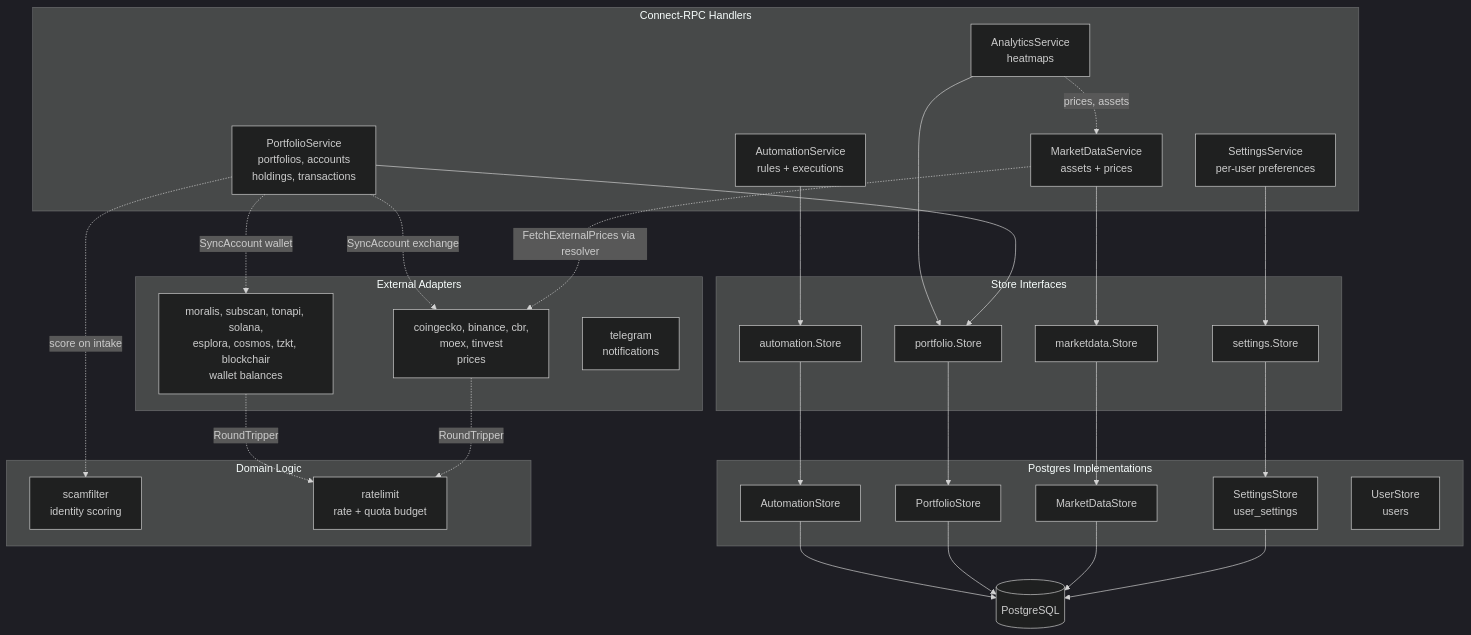
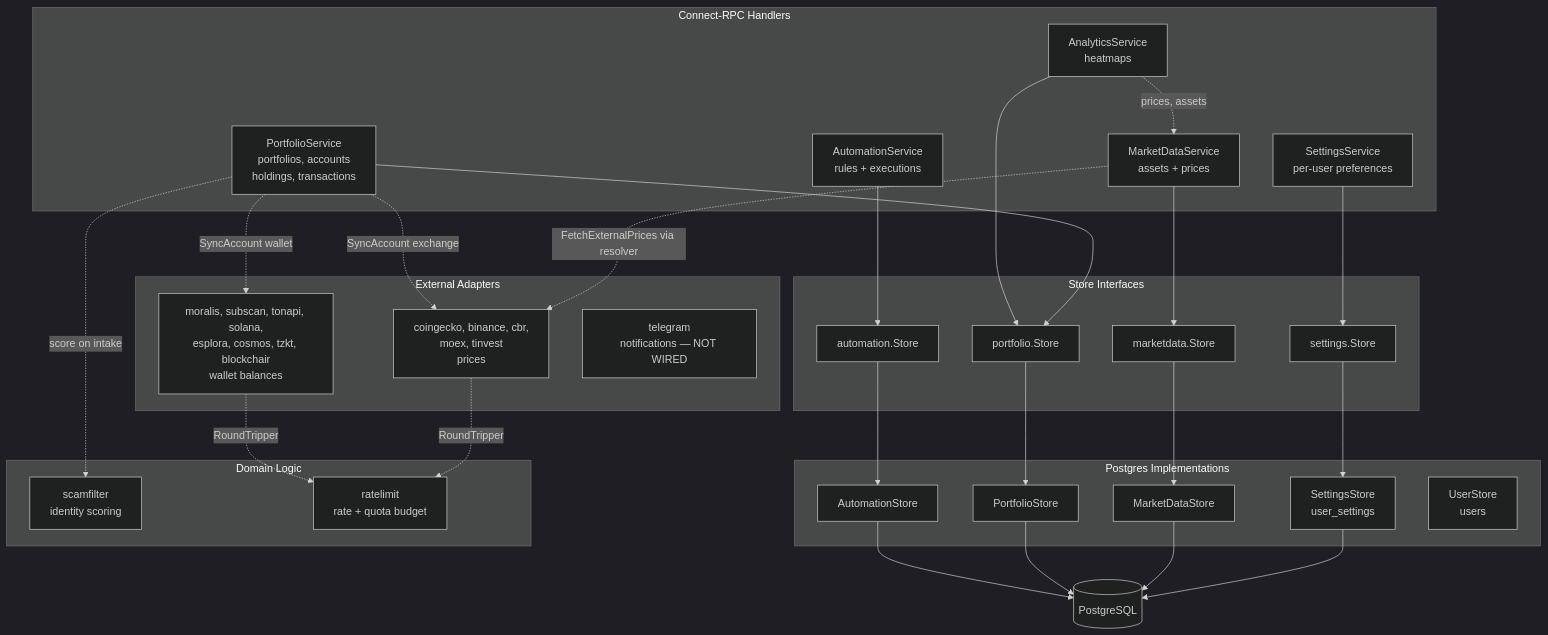
The third of 3 diagrams in docs/architecture.md (foxcool/greedy-eye), drawn with Mermaid (dark theme) before and after one commit. The commit also changed other lines of this file, not shown here.

First line of the commit message:
docs(architecture): say which instance a measurement describes

````diff
--- a/docs/architecture.md
+++ b/docs/architecture.md
@@ -282,50 +282,50 @@
 ```mermaid
 graph TB
     subgraph "Connect-RPC Handlers"
         MDS[MarketDataService<br/>assets + prices]
         PS[PortfolioService<br/>portfolios, accounts<br/>holdings, transactions]
         AS[AutomationService<br/>rules + executions]
         ANS[AnalyticsService<br/>heatmaps]
         SET[SettingsService<br/>per-user preferences]
     end
 
     subgraph "Store Interfaces"
         MDSI[marketdata.Store]
         PSI[portfolio.Store]
         ASI[automation.Store]
         SETI[settings.Store]
     end
 
     subgraph "Postgres Implementations"
         MDSP[MarketDataStore]
         PSP[PortfolioStore]
         ASP[AutomationStore]
         SETP[SettingsStore<br/>user_settings]
         SSP[UserStore<br/>users]
     end
 
     subgraph "External Adapters"
         Prices[coingecko, binance, cbr,<br/>moex, tinvest<br/>prices]
         Wallets[moralis, subscan, tonapi, solana,<br/>esplora, cosmos, tzkt, blockchair<br/>wallet balances]
-        Telegram[telegram<br/>notifications]
+        Telegram[telegram<br/>notifications — NOT WIRED]
     end
 
     subgraph "Domain Logic"
         SF[scamfilter<br/>identity scoring]
         RL[ratelimit<br/>rate + quota budget]
     end
 
     SET --> SETI --> SETP --> DB[(PostgreSQL)]
     MDS --> MDSI --> MDSP --> DB[(PostgreSQL)]
     PS  --> PSI  --> PSP  --> DB
     AS  --> ASI  --> ASP  --> DB
     ANS --> PSI
     ANS -.->|prices, assets| MDS
 
     MDS -.->|FetchExternalPrices via resolver| Prices
     PS  -.->|SyncAccount wallet| Wallets
     PS  -.->|SyncAccount exchange| Prices
     PS  -.->|score on intake| SF
     Prices -.->|RoundTripper| RL
     Wallets -.->|RoundTripper| RL
 ```
````
